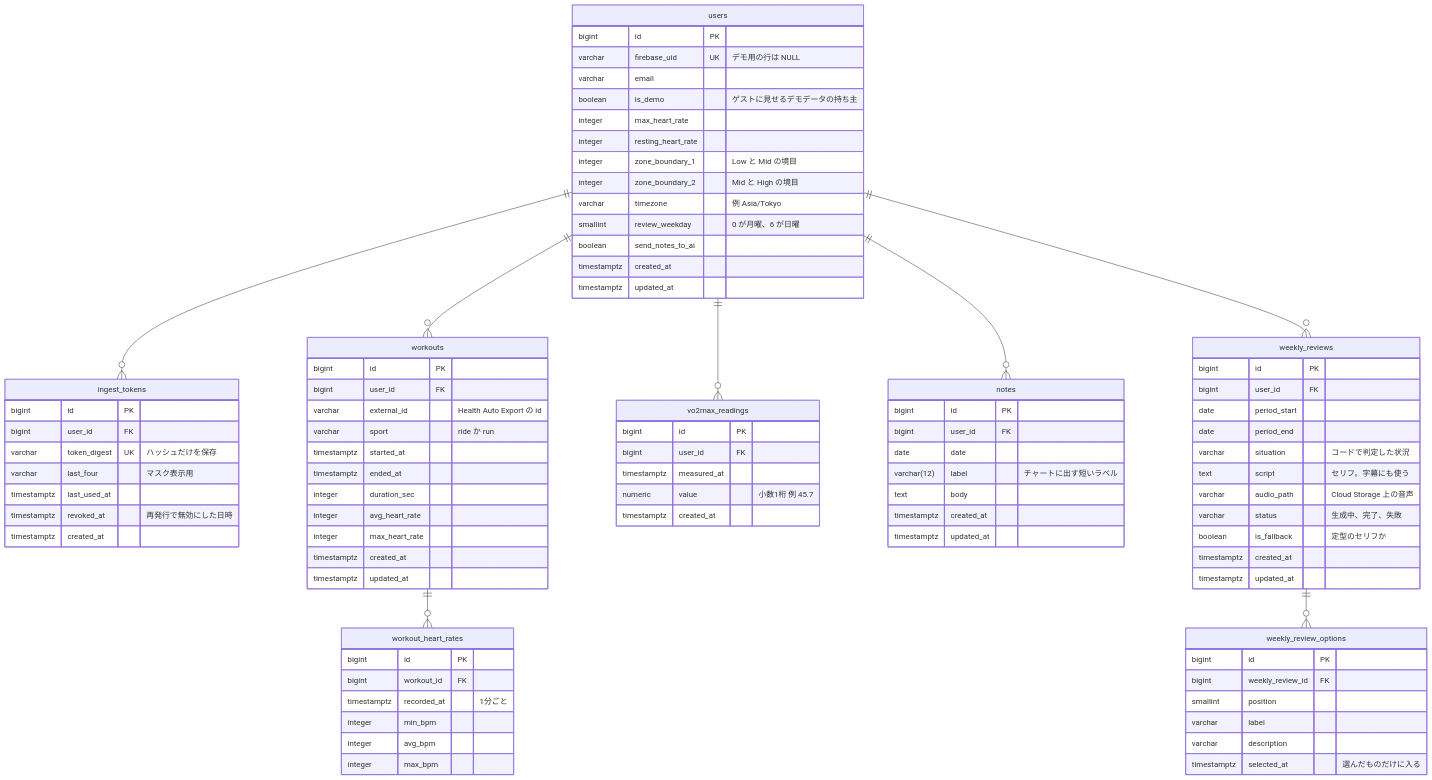
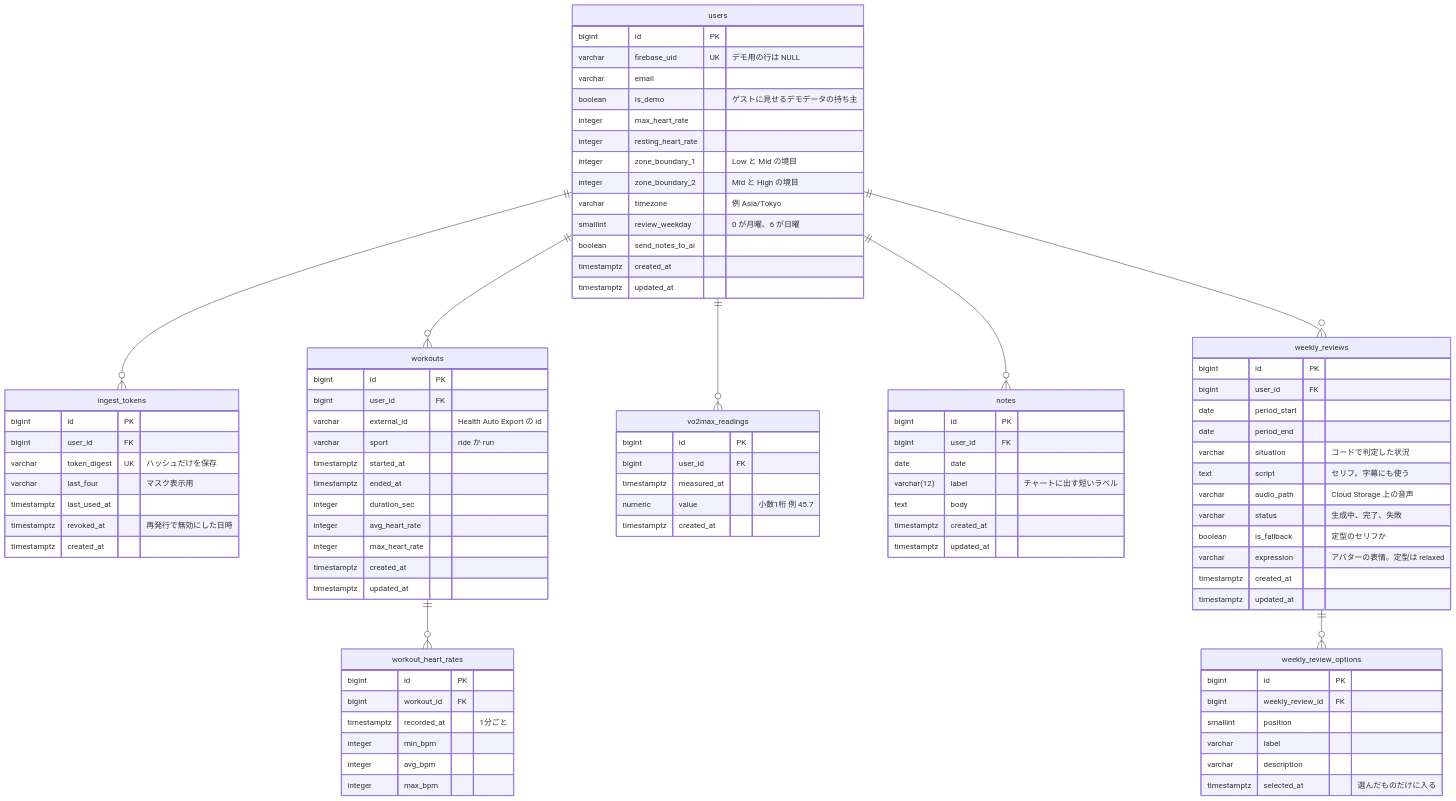
Before and after one commit to d-station-grid/loadline: the diagram in docs/er-diagram.md, drawn with Mermaid. The commit also changed 21 other files, not shown here.

```diff
--- a/docs/er-diagram.md
+++ b/docs/er-diagram.md
@@ -81,6 +81,7 @@
     varchar audio_path "Cloud Storage 上の音声"
     varchar status "生成中、完了、失敗"
     boolean is_fallback "定型のセリフか"
+    varchar expression "アバターの表情。定型は relaxed"
     timestamptz created_at
     timestamptz updated_at
   }
```
